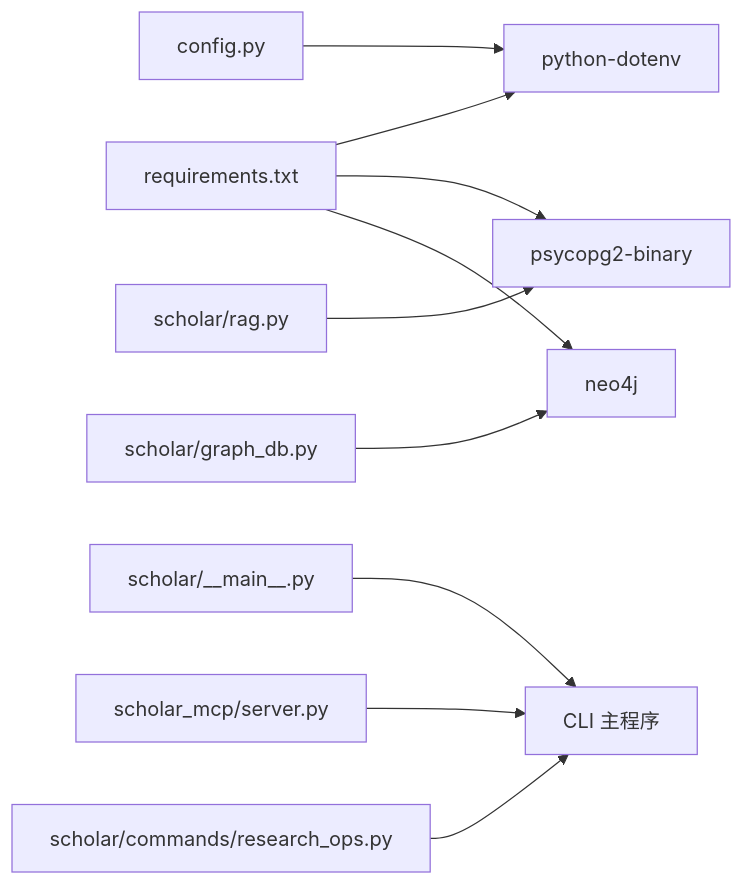
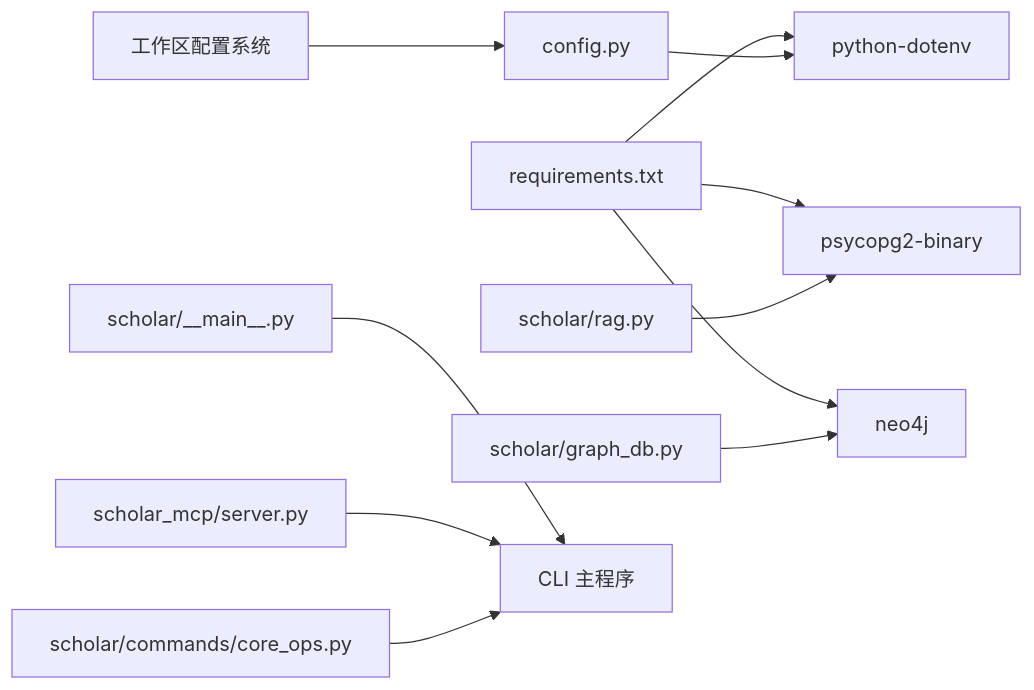
The ninth of 9 diagrams in .qoder/repowiki/zh/content/Python后端系统/配置管理系统.md (1173591564/academic-based-qoder), drawn with Mermaid before and after one commit. The commit also changed other lines of this file and 75 other files, not shown here.

````diff
--- a/.qoder/repowiki/zh/content/Python后端系统/配置管理系统.md
+++ b/.qoder/repowiki/zh/content/Python后端系统/配置管理系统.md
@@ -344,12 +417,13 @@
 ```mermaid
 graph LR
 REQ["requirements.txt"] --> DOTENV["python-dotenv"]
 REQ --> PSYC["psycopg2-binary"]
 REQ --> NEO["neo4j"]
 CFG["config.py"] --> DOTENV
 RAG["scholar/rag.py"] --> PSYC
 GRAPH["scholar/graph_db.py"] --> NEO
 MAIN["scholar/__main__.py"] --> CLI["CLI 主程序"]
 MCP["scholar_mcp/server.py"] --> CLI
-RESEARCH["scholar/commands/research_ops.py"] --> CLI
+CORE["scholar/commands/core_ops.py"] --> CLI
+WS["工作区配置系统"] --> CFG
 ```
````
